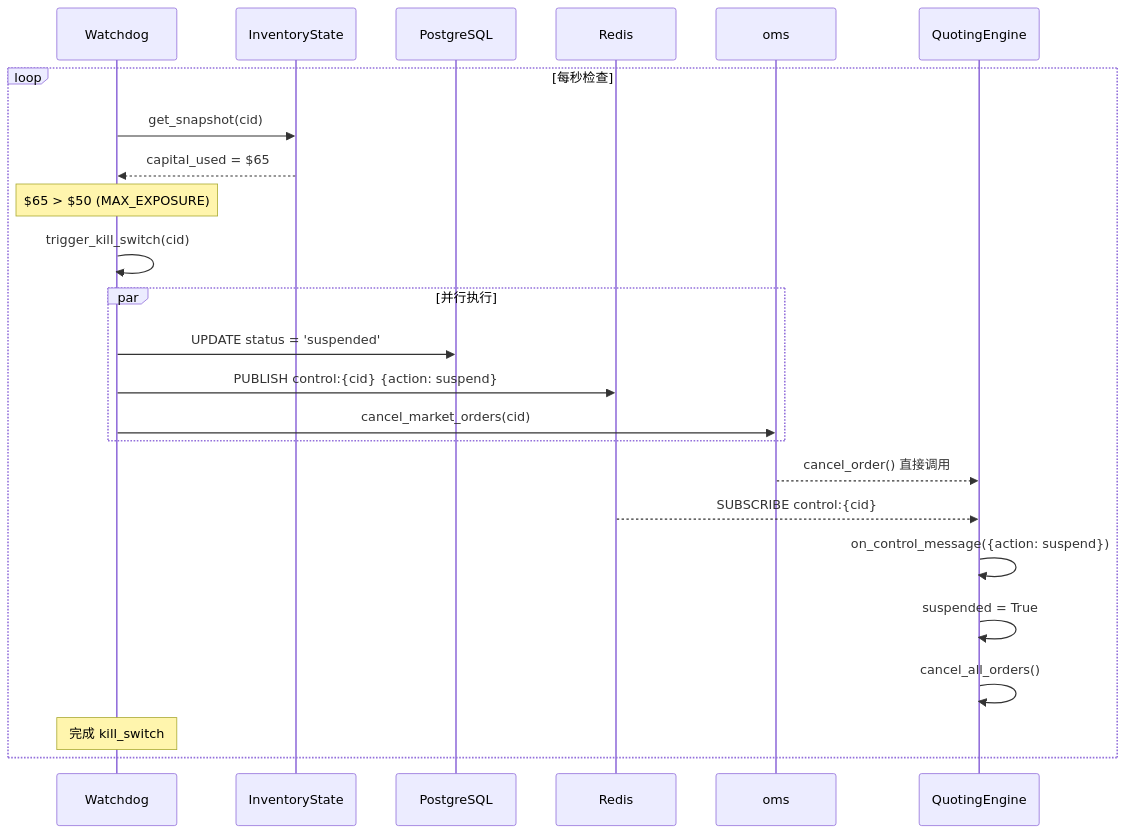
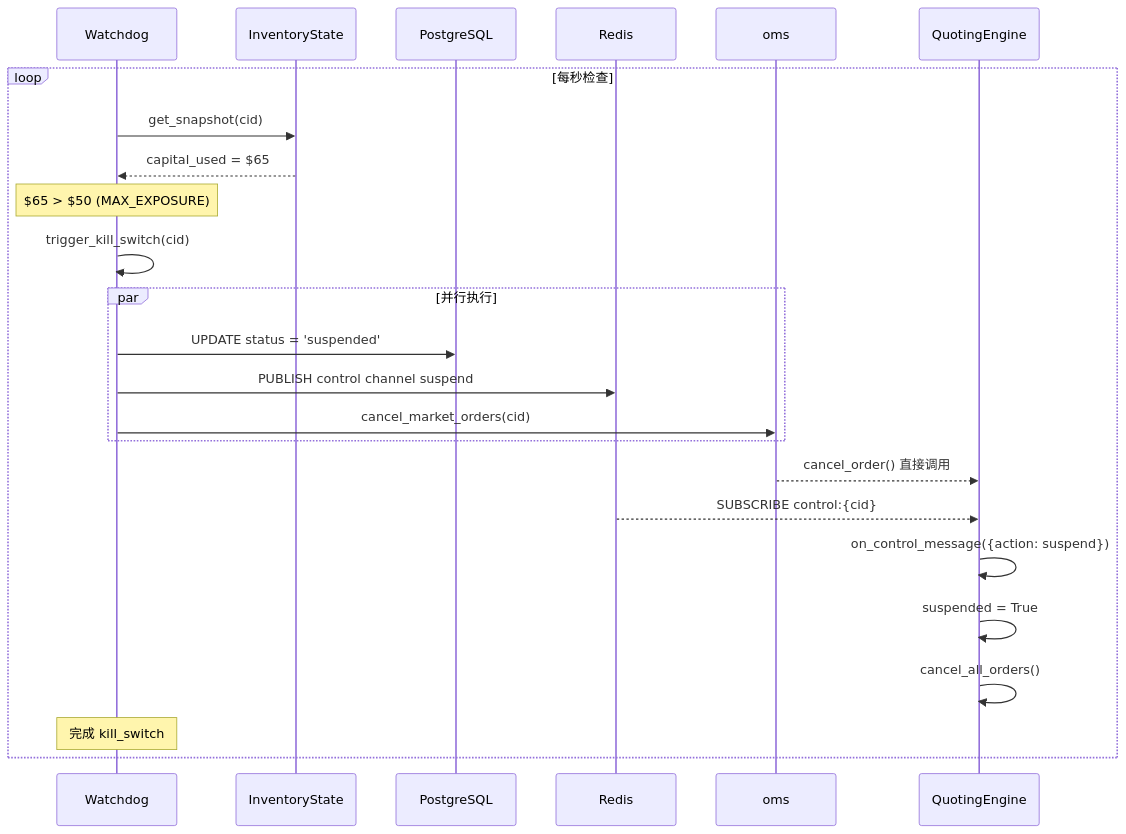
The second of 3 diagrams in spec/architecture_diagrams/07_risk_control_layers.md (liu-kaining/PolyMatrixEngine), drawn with Mermaid before and after one commit. The commit also changed other lines of this file and 12 other files, not shown here.

````diff
--- a/spec/architecture_diagrams/07_risk_control_layers.md
+++ b/spec/architecture_diagrams/07_risk_control_layers.md
@@ -108,39 +108,39 @@
 ```mermaid
 %%{init: {'theme': 'base', 'themeVariables': {
   'primaryColor': '#1e3a5f',
   'primaryTextColor': '#ffffff',
   'primaryBorderColor': '#334155',
   'lineColor': '#64748b'
 }}%%
 sequenceDiagram
     participant WD as Watchdog
     participant Inv as InventoryState
     participant DB as PostgreSQL
     participant Redis as Redis
     participant OMS as oms
     participant QE as QuotingEngine
 
     loop 每秒检查
         WD->>Inv: get_snapshot(cid)
         Inv-->>WD: capital_used = $65
 
         Note over WD: $65 > $50 (MAX_EXPOSURE)
 
         WD->>WD: trigger_kill_switch(cid)
 
         par 并行执行
             WD->>DB: UPDATE status = 'suspended'
-            WD->>Redis: PUBLISH control:{cid} {action: suspend}
+            WD->>Redis: PUBLISH control channel suspend
             WD->>OMS: cancel_market_orders(cid)
         end
 
         OMS-->>QE: cancel_order() 直接调用
 
         Redis-->>QE: SUBSCRIBE control:{cid}
         QE->>QE: on_control_message({action: suspend})
         QE->>QE: suspended = True
         QE->>QE: cancel_all_orders()
 
         Note over WD: 完成 kill_switch
     end
 ```
````
